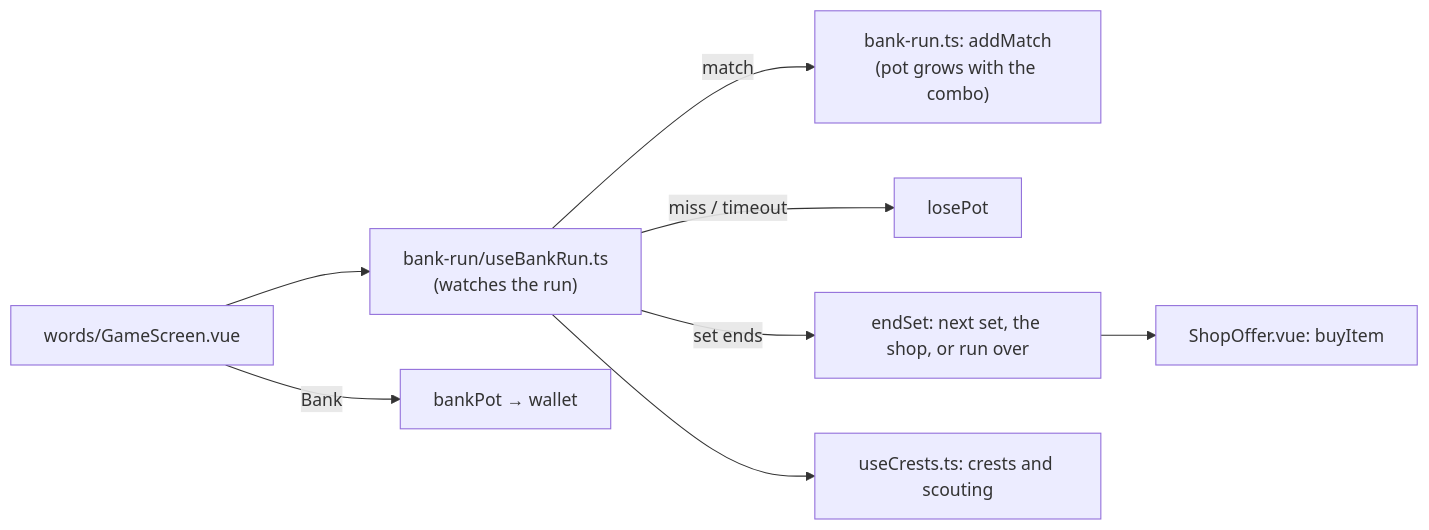
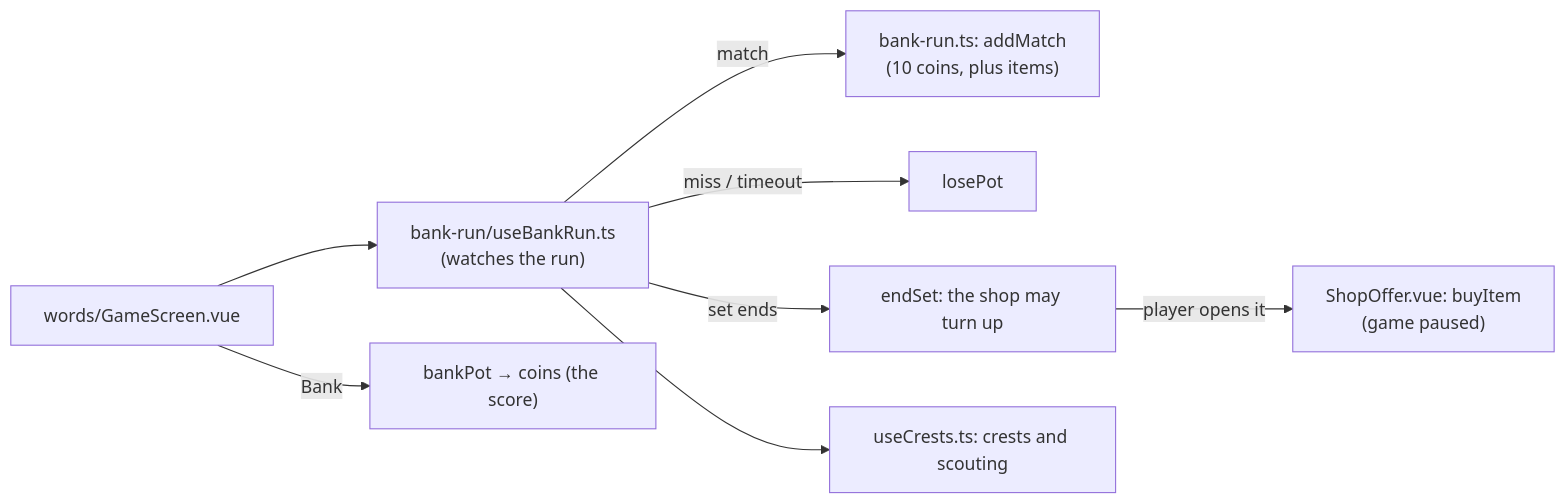
One commit to NabilRobert/juku-arcade changed the fourth of 4 diagrams in docs/guide.md. Above: the diagram before and after it, drawn with Mermaid. The commit also changed other lines of this file and 1 other file, not shown here.

````diff
--- a/docs/guide.md
+++ b/docs/guide.md
@@ -158,10 +174,10 @@
 ```mermaid
 flowchart LR
     A["words/GameScreen.vue"] --> B["bank-run/useBankRun.ts<br/>(watches the run)"]
-    B -->|"match"| C["bank-run.ts: addMatch<br/>(pot grows with the combo)"]
+    B -->|"match"| C["bank-run.ts: addMatch<br/>(10 coins, plus items)"]
     B -->|"miss / timeout"| D["losePot"]
-    A -->|"Bank"| E["bankPot → wallet"]
-    B -->|"set ends"| F["endSet: next set, the shop, or run over"]
-    F --> G["ShopOffer.vue: buyItem"]
+    A -->|"Bank"| E["bankPot → coins (the score)"]
+    B -->|"set ends"| F["endSet: the shop may turn up"]
+    F -->|"player opens it"| G["ShopOffer.vue: buyItem<br/>(game paused)"]
     B --> H["useCrests.ts: crests and scouting"]
 ```
````
